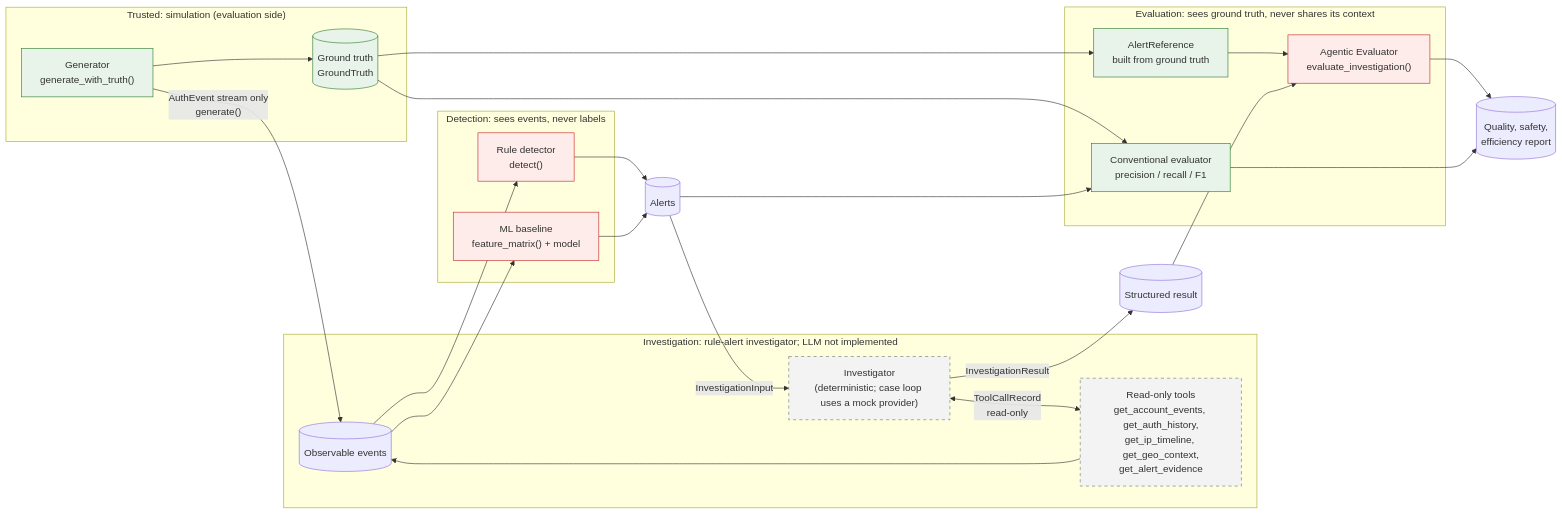
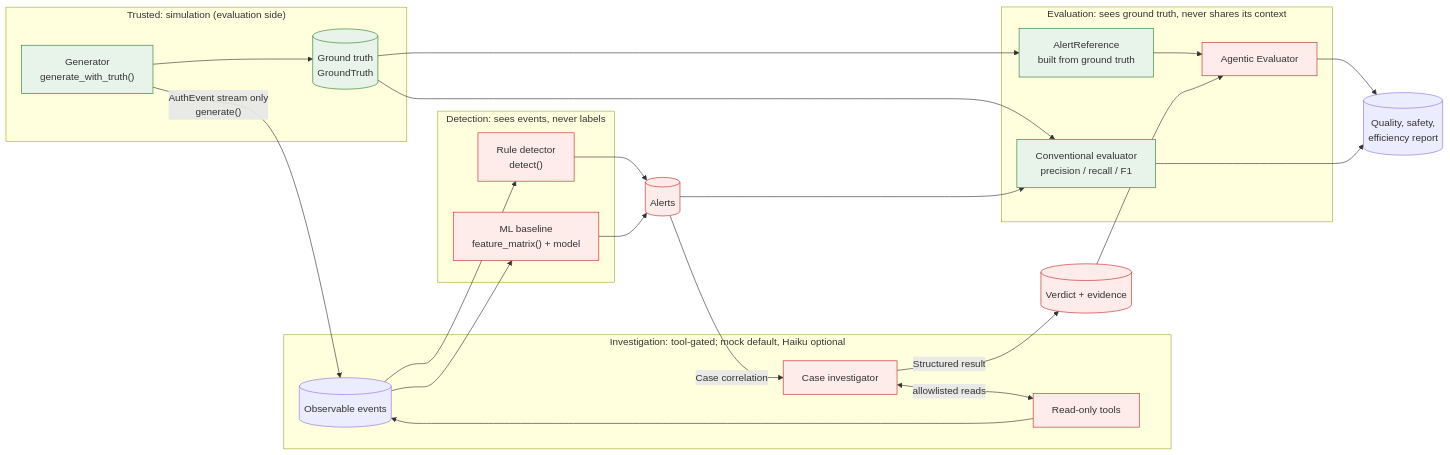
Before and after one commit to mateopappa/login-log-anomaly-explorer-ml: the diagram in docs/agentic-evaluators.md, drawn with Mermaid. The commit also changed other lines of this file and 22 other files, not shown here.

````diff
--- a/docs/agentic-evaluators.md
+++ b/docs/agentic-evaluators.md
@@ -30,52 +33,50 @@
 ```mermaid
 flowchart LR
     subgraph Trusted_generation["Trusted: simulation (evaluation side)"]
         GEN["Generator<br/>generate_with_truth()"]
         GT[("Ground truth<br/>GroundTruth")]
         GEN --> GT
     end
 
     GEN -- "AuthEvent stream only<br/>generate()" --> EVT[("Observable events")]
 
     subgraph Detection["Detection: sees events, never labels"]
         RULES["Rule detector<br/>detect()"]
         ML["ML baseline<br/>feature_matrix() + model"]
     end
 
     EVT --> RULES
     EVT --> ML
     RULES --> ALERTS[("Alerts")]
     ML --> ALERTS
 
-    ALERTS -- "InvestigationInput" --> INV
+    ALERTS -- "Case correlation" --> CASE
 
-    subgraph Investigation["Investigation: rule-alert investigator; LLM not implemented"]
-        INV["Investigator<br/>(deterministic; case loop uses a mock provider)"]
-        TOOLS["Read-only tools<br/>get_account_events, get_auth_history,<br/>get_ip_timeline, get_geo_context,<br/>get_alert_evidence"]
-        INV <-- "ToolCallRecord<br/>read-only" --> TOOLS
+    subgraph Investigation["Investigation: tool-gated; mock default, Haiku optional"]
+        CASE["Case investigator"]
+        TOOLS["Read-only tools"]
+        CASE <-- "allowlisted reads" --> TOOLS
         TOOLS --> EVT
     end
 
-    INV -- "InvestigationResult" --> RES[("Structured result")]
+    CASE -- "Structured result" --> RES[("Verdict + evidence")]
 
     subgraph Evaluation["Evaluation: sees ground truth, never shares its context"]
-        AE["Agentic Evaluator<br/>evaluate_investigation()"]
+        AE["Agentic Evaluator"]
         CE["Conventional evaluator<br/>precision / recall / F1"]
         REF["AlertReference<br/>built from ground truth"]
         GT --> REF
         GT --> CE
         REF --> AE
     end
 
     RES --> AE
     ALERTS --> CE
     AE --> REPORT[("Quality, safety,<br/>efficiency report")]
     CE --> REPORT
 
     classDef trusted fill:#e8f4ea,stroke:#2e7d32
     classDef untrusted fill:#fdecea,stroke:#c62828
-    classDef future fill:#f3f3f3,stroke:#757575,stroke-dasharray: 5 5
     class GEN,GT,REF,CE trusted
-    class INV,TOOLS future
-    class RULES,ML,AE untrusted
+    class RULES,ML,CASE,TOOLS,AE,ALERTS,RES untrusted
 ```
````
